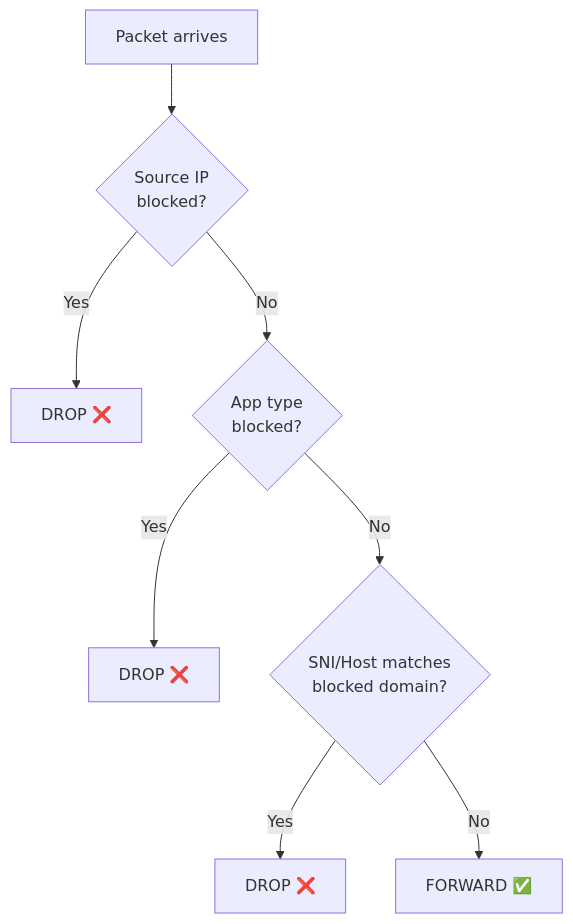
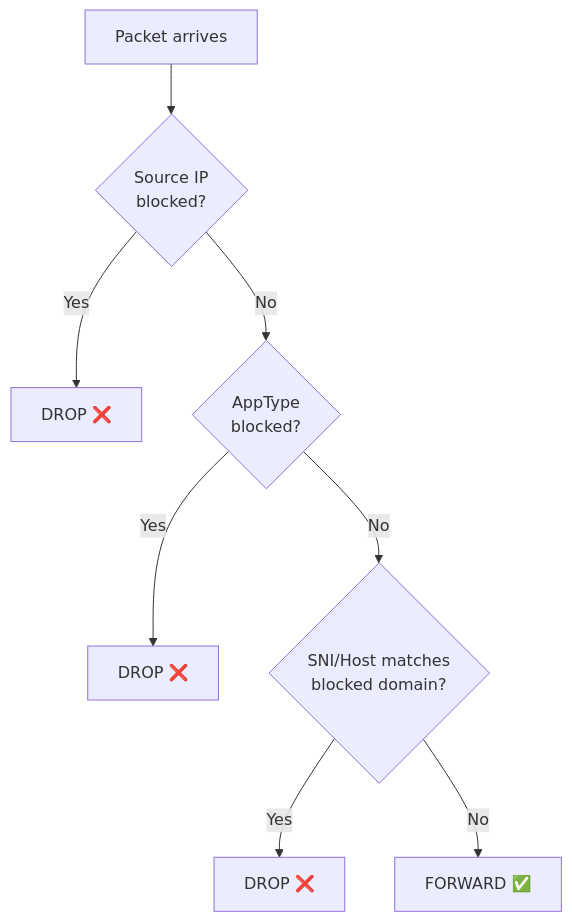
The seventh of 7 diagrams in README.md (hemant2725/dpi-engine), drawn with Mermaid before and after one commit. The commit also changed other lines of this file, not shown here.

````diff
--- a/README.md
+++ b/README.md
@@ -247,10 +227,10 @@
 ```mermaid
 flowchart TB
     A["Packet arrives"] --> B{"Source IP\nblocked?"}
     B -->|Yes| D1["DROP ❌"]
-    B -->|No| C{"App type\nblocked?"}
+    B -->|No| C{"AppType\nblocked?"}
     C -->|Yes| D2["DROP ❌"]
     C -->|No| E{"SNI/Host matches\nblocked domain?"}
     E -->|Yes| D3["DROP ❌"]
     E -->|No| F["FORWARD ✅"]
 ```
````
